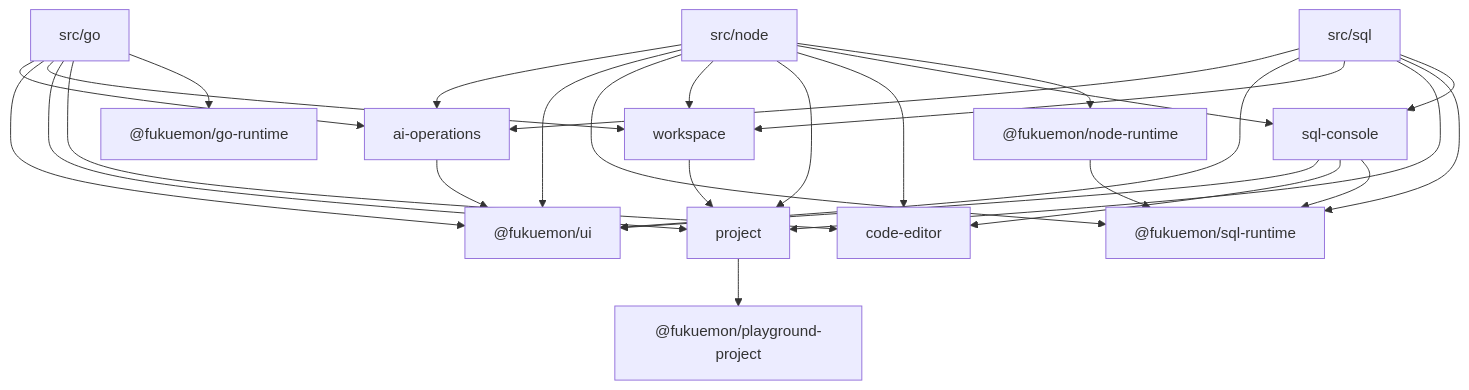
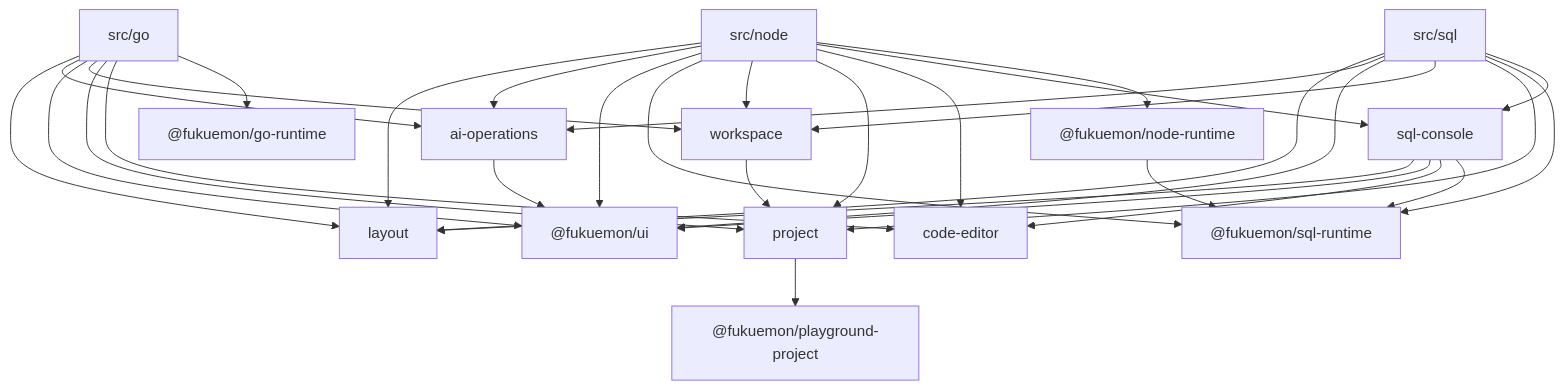
The first of 3 diagrams in apps/playground/DesignDoc.md (Fukuemon/fukuemon.dev), drawn with Mermaid before and after one commit. The commit also changed other lines of this file and 10 other files, not shown here.

First line of the commit message:
fix(playground): 構造のレビューの指摘で、Go と SQL の埋め込みの地と角を Node にそろえる #189

````diff
--- a/apps/playground/DesignDoc.md
+++ b/apps/playground/DesignDoc.md
@@ -129,44 +130,49 @@
 ```mermaid
 flowchart TB
   node["src/node"]
   sql["src/sql"]
   go["src/go"]
   console["sql-console"]
   codeeditor["code-editor"]
+  layout["layout"]
   runtime["@fukuemon/node-runtime"]
   database["@fukuemon/sql-runtime"]
   runner["@fukuemon/go-runtime"]
   project["project"]
   workspace["workspace"]
   ui["@fukuemon/ui"]
   ai["ai-operations"]
   pp["@fukuemon/playground-project"]
 
   node --> runtime
   node --> console
   node --> codeeditor
   node --> project
   node --> workspace
   node --> database
   node --> ui
   node --> ai
+  node --> layout
   ai --> ui
   sql --> console
   sql --> database
   sql --> project
   sql --> workspace
   sql --> ui
   sql --> ai
+  sql --> layout
   go --> runner
   go --> codeeditor
   go --> project
   go --> workspace
   go --> ui
   go --> ai
+  go --> layout
   console --> database
   console --> codeeditor
   console --> ui
+  console --> layout
   runtime --> database
   workspace --> project
   project --> pp
 ```
````
